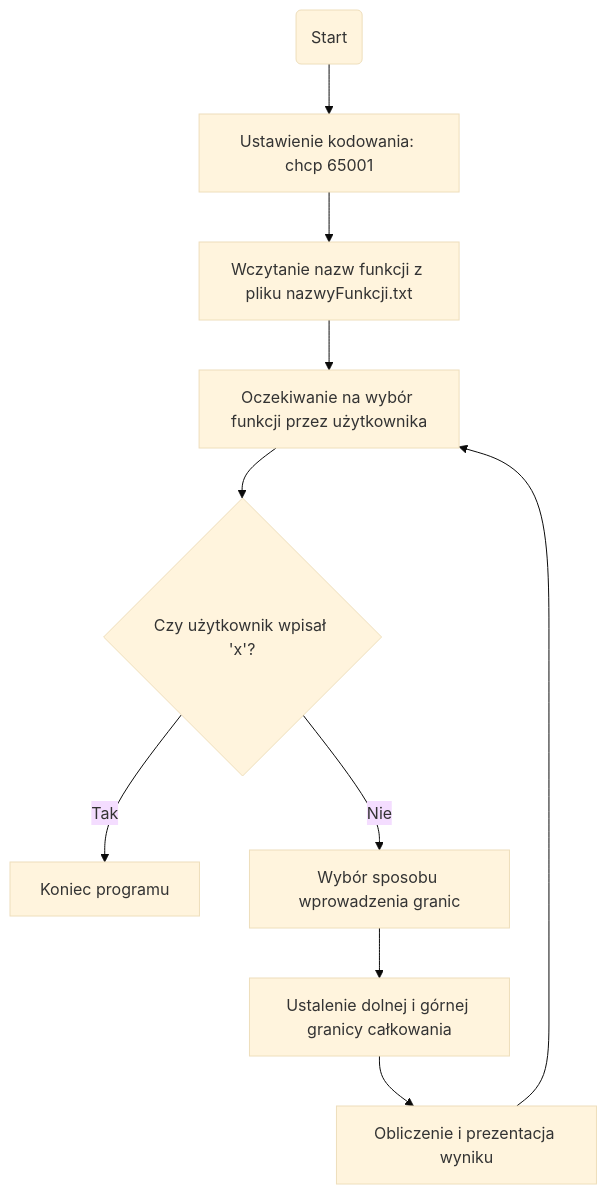
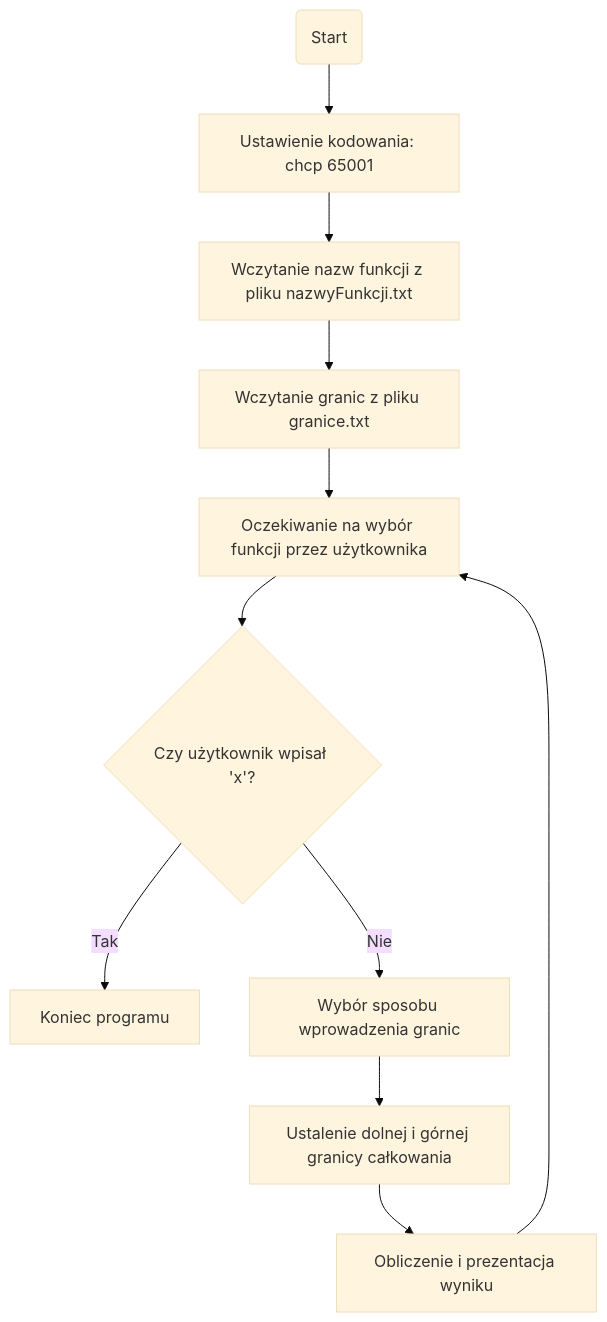
One commit to VITALA6/Projekt changed the first of 2 diagrams in Dokumentacja.md. Above: the diagram before and after it, drawn with Mermaid (base theme). The commit also changed other lines of this file, not shown here.

````diff
--- a/Dokumentacja.md
+++ b/Dokumentacja.md
@@ -137,15 +137,17 @@
 ```mermaid
 graph TD;
     A(Start) --> B[Ustawienie kodowania: chcp 65001]
     B --> C[Wczytanie nazw funkcji z pliku nazwyFunkcji.txt]
-    C --> D[Oczekiwanie na wybór funkcji przez użytkownika]
+    C --> J[Wczytanie granic z pliku granice.txt]
+    J --> D[Oczekiwanie na wybór funkcji przez użytkownika]
     
     D --> E{Czy użytkownik wpisał 'x'?}
     E -->|Tak| F[Koniec programu]
     E -->|Nie| G[Wybór sposobu wprowadzenia granic]
     
     G --> H[Ustalenie dolnej i górnej granicy całkowania]
     H --> I[Obliczenie i prezentacja wyniku]
     I --> D
 
+
 ```
````
